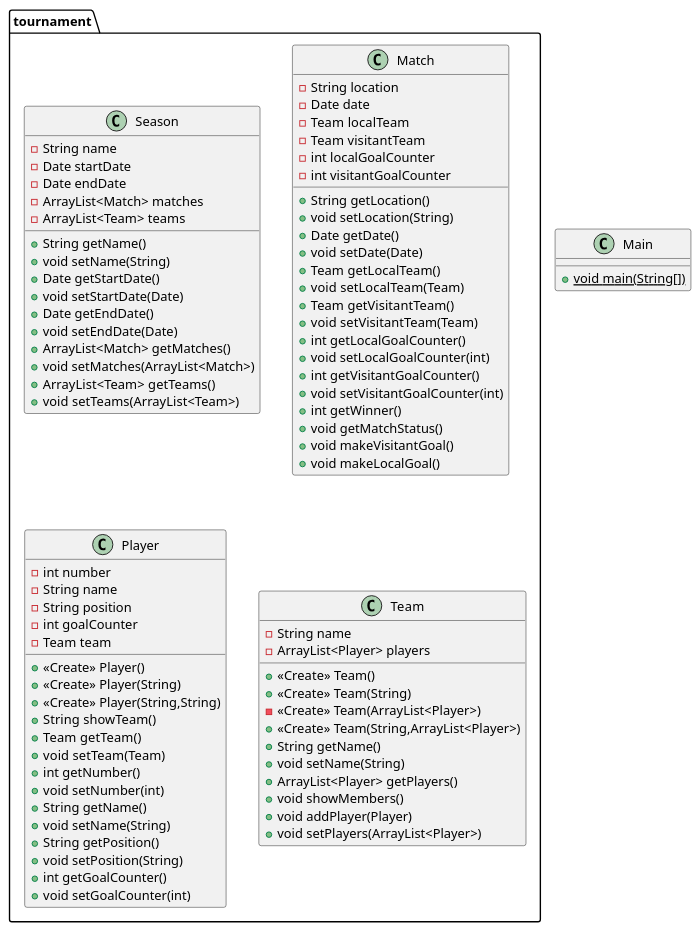
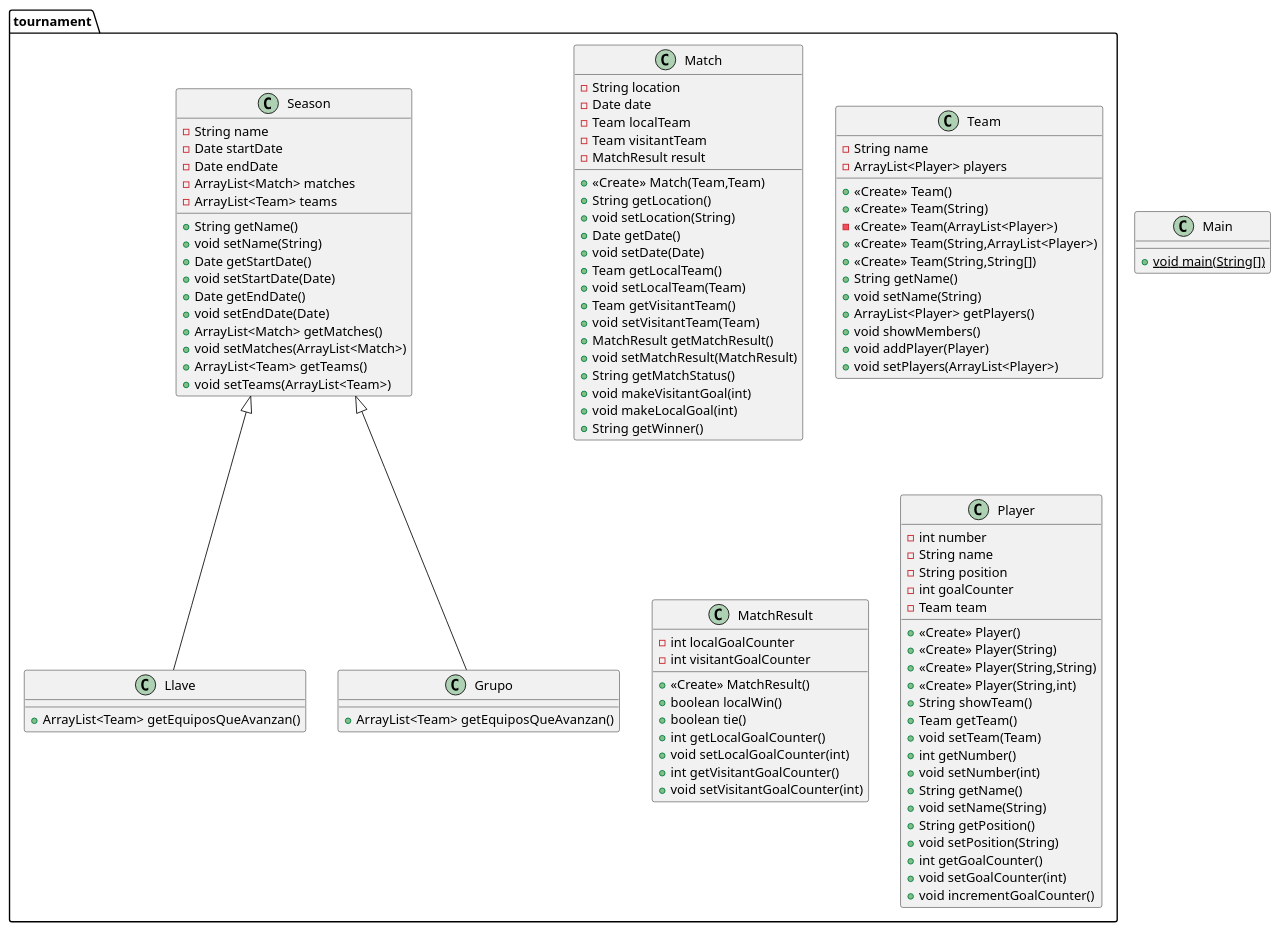
One commit to zarex97/poo_davinci_tournament_medina changed the diagram in class_diagram.puml. Above: the diagram before and after it, drawn with PlantUML. The commit also changed 1 other file, not shown here.

Commit message:
docs: update class diagram (#34)
* docs: updates class diagram

* Update class_diagram.png

```diff
--- a/class_diagram.puml
+++ b/class_diagram.puml
@@ -1,81 +1,103 @@
 @startuml
+class tournament.Match {
+- String location
+- Date date
+- Team localTeam
+- Team visitantTeam
+- MatchResult result
++ <<Create>> Match(Team,Team)
++ String getLocation()
++ void setLocation(String)
++ Date getDate()
++ void setDate(Date)
++ Team getLocalTeam()
++ void setLocalTeam(Team)
++ Team getVisitantTeam()
++ void setVisitantTeam(Team)
++ MatchResult getMatchResult()
++ void setMatchResult(MatchResult)
++ String getMatchStatus()
++ void makeVisitantGoal(int)
++ void makeLocalGoal(int)
++ String getWinner()
+}
+class tournament.Team {
+- String name
+- ArrayList<Player> players
++ <<Create>> Team()
++ <<Create>> Team(String)
+- <<Create>> Team(ArrayList<Player>)
++ <<Create>> Team(String,ArrayList<Player>)
++ <<Create>> Team(String,String[])
++ String getName()
++ void setName(String)
++ ArrayList<Player> getPlayers()
++ void showMembers()
++ void addPlayer(Player)
++ void setPlayers(ArrayList<Player>)
+}
+class tournament.Llave {
++ ArrayList<Team> getEquiposQueAvanzan()
+}
+class tournament.MatchResult {
+- int localGoalCounter
+- int visitantGoalCounter
++ <<Create>> MatchResult()
++ boolean localWin()
++ boolean tie()
++ int getLocalGoalCounter()
++ void setLocalGoalCounter(int)
++ int getVisitantGoalCounter()
++ void setVisitantGoalCounter(int)
+}
+class tournament.Grupo {
++ ArrayList<Team> getEquiposQueAvanzan()
+}
+class tournament.Player {
+- int number
+- String name
+- String position
+- int goalCounter
+- Team team
++ <<Create>> Player()
++ <<Create>> Player(String)
++ <<Create>> Player(String,String)
++ <<Create>> Player(String,int)
++ String showTeam()
++ Team getTeam()
++ void setTeam(Team)
++ int getNumber()
++ void setNumber(int)
++ String getName()
++ void setName(String)
++ String getPosition()
++ void setPosition(String)
++ int getGoalCounter()
++ void setGoalCounter(int)
++ void incrementGoalCounter()
+}
+class Main {
++ {static} void main(String[])
+}
 class tournament.Season {
 - String name
 - Date startDate
 - Date endDate
 - ArrayList<Match> matches
 - ArrayList<Team> teams
 + String getName()
 + void setName(String)
 + Date getStartDate()
 + void setStartDate(Date)
 + Date getEndDate()
 + void setEndDate(Date)
 + ArrayList<Match> getMatches()
 + void setMatches(ArrayList<Match>)
 + ArrayList<Team> getTeams()
 + void setTeams(ArrayList<Team>)
 }
-class tournament.Match {
-- String location
-- Date date
-- Team localTeam
-- Team visitantTeam
-- int localGoalCounter
-- int visitantGoalCounter
-+ String getLocation()
-+ void setLocation(String)
-+ Date getDate()
-+ void setDate(Date)
-+ Team getLocalTeam()
-+ void setLocalTeam(Team)
-+ Team getVisitantTeam()
-+ void setVisitantTeam(Team)
-+ int getLocalGoalCounter()
-+ void setLocalGoalCounter(int)
-+ int getVisitantGoalCounter()
-+ void setVisitantGoalCounter(int)
-+ int getWinner()
-+ void getMatchStatus()
-+ void makeVisitantGoal()
-+ void makeLocalGoal()
-}
-class tournament.Player {
-- int number
-- String name
-- String position
-- int goalCounter
-- Team team
-+ <<Create>> Player()
-+ <<Create>> Player(String)
-+ <<Create>> Player(String,String)
-+ String showTeam()
-+ Team getTeam()
-+ void setTeam(Team)
-+ int getNumber()
-+ void setNumber(int)
-+ String getName()
-+ void setName(String)
-+ String getPosition()
-+ void setPosition(String)
-+ int getGoalCounter()
-+ void setGoalCounter(int)
-}
-class tournament.Team {
-- String name
-- ArrayList<Player> players
-+ <<Create>> Team()
-+ <<Create>> Team(String)
-- <<Create>> Team(ArrayList<Player>)
-+ <<Create>> Team(String,ArrayList<Player>)
-+ String getName()
-+ void setName(String)
-+ ArrayList<Player> getPlayers()
-+ void showMembers()
-+ void addPlayer(Player)
-+ void setPlayers(ArrayList<Player>)
-}
-class Main {
-+ {static} void main(String[])
-}
+
+
+tournament.Season <|-- tournament.Llave
+tournament.Season <|-- tournament.Grupo
 @enduml
```
